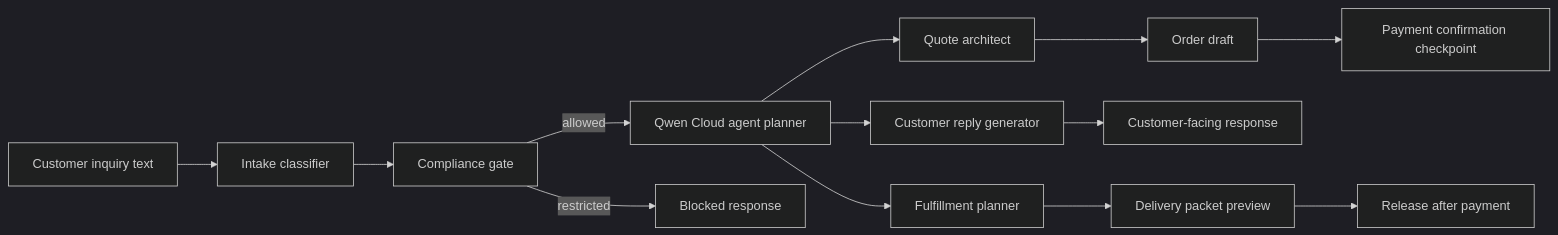
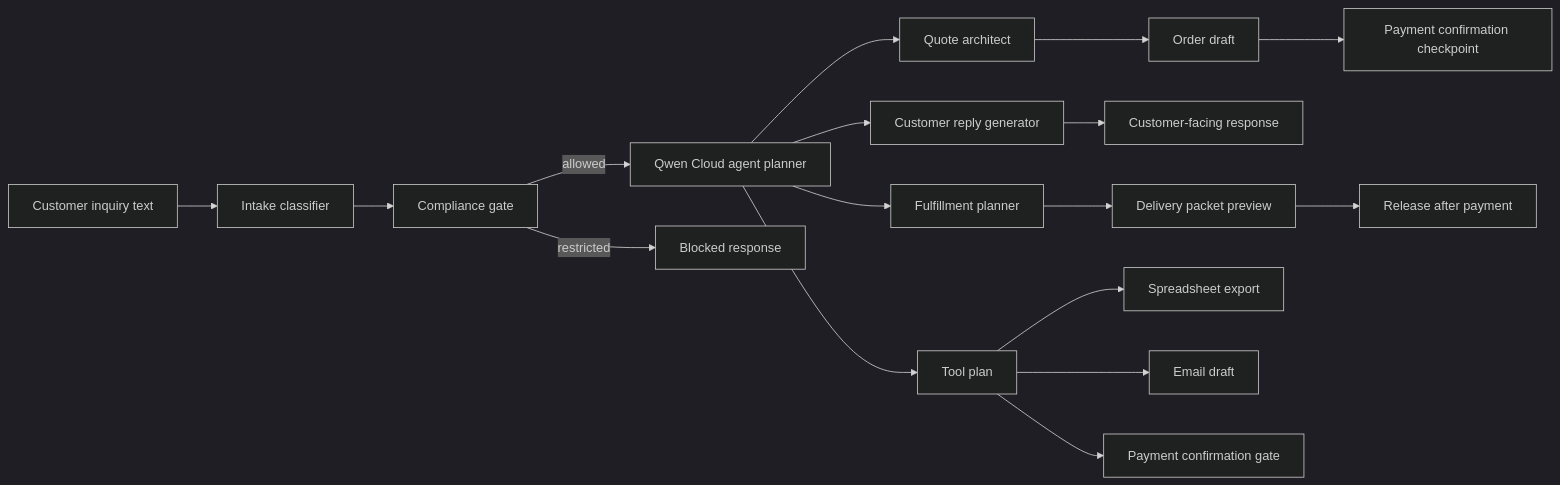
One commit to jxy201600/profitpilot-autopilot changed the diagram in docs/architecture.md. Above: the diagram before and after it, drawn with Mermaid (dark theme). The commit also changed other lines of this file, not shown here.

Commit message:
Publish docs/architecture.md

````diff
--- a/docs/architecture.md
+++ b/docs/architecture.md
@@ -3,15 +3,19 @@
 ```mermaid
 flowchart LR
   A["Customer inquiry text"] --> B["Intake classifier"]
   B --> C["Compliance gate"]
   C -->|allowed| D["Qwen Cloud agent planner"]
   C -->|restricted| X["Blocked response"]
   D --> E["Quote architect"]
   D --> F["Customer reply generator"]
   D --> G["Fulfillment planner"]
+  D --> M["Tool plan"]
   E --> H["Order draft"]
   F --> I["Customer-facing response"]
   G --> J["Delivery packet preview"]
+  M --> N["Spreadsheet export"]
+  M --> O["Email draft"]
+  M --> P["Payment confirmation gate"]
   H --> K["Payment confirmation checkpoint"]
   J --> L["Release after payment"]
 ```
````
